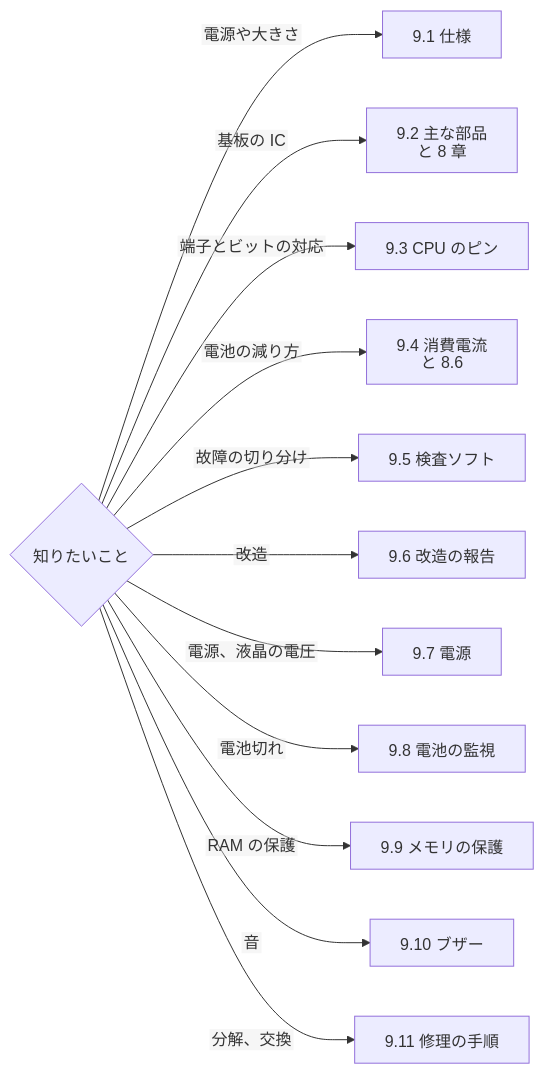
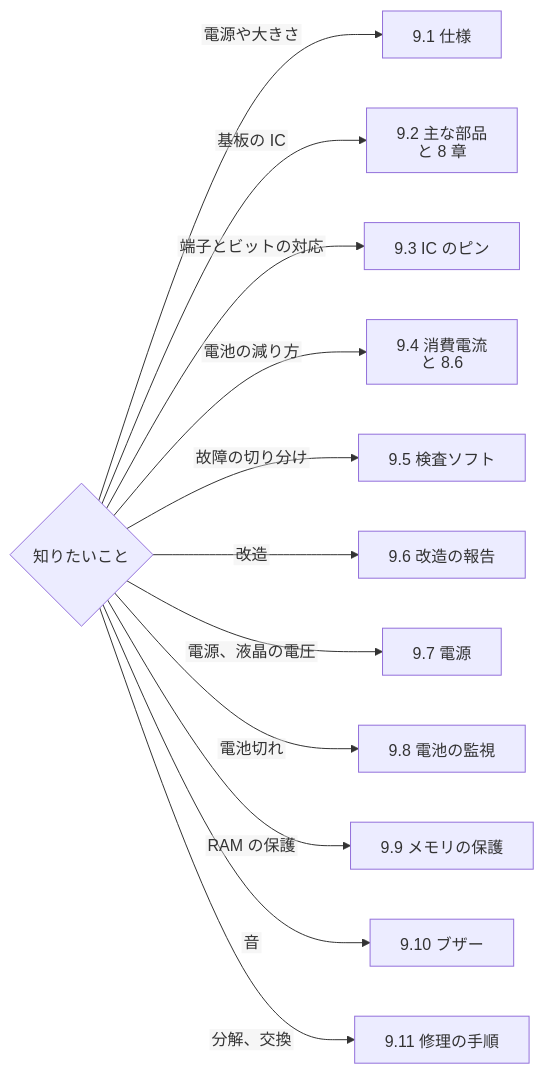
Before and after one commit to litchi-gh/pc-e500_tools: the diagram in docs/analysis/09_CIRCUIT.md, drawn with Mermaid. The commit also changed other lines of this file and 9 other files, not shown here.

````diff
--- a/docs/analysis/09_CIRCUIT.md
+++ b/docs/analysis/09_CIRCUIT.md
@@ -26,16 +26,16 @@
 ```mermaid
 %%{init: {"htmlLabels": false, "flowchart": {"htmlLabels": false, "wrappingWidth": 1000}}}%%
 flowchart LR
   Q{"知りたいこと"}
   Q -->|"電源や大きさ"| A["9.1 仕様"]
   Q -->|"基板の IC"| B["9.2 主な部品<br>と 8 章"]
-  Q -->|"端子とビットの対応"| C["9.3 CPU のピン"]
+  Q -->|"端子とビットの対応"| C["9.3 IC のピン"]
   Q -->|"電池の減り方"| D["9.4 消費電流<br>と 8.6"]
   Q -->|"故障の切り分け"| E["9.5 検査ソフト"]
   Q -->|"改造"| F["9.6 改造の報告"]
   Q -->|"電源、液晶の電圧"| G["9.7 電源"]
   Q -->|"電池切れ"| H["9.8 電池の監視"]
   Q -->|"RAM の保護"| I["9.9 メモリの保護"]
   Q -->|"音"| J["9.10 ブザー"]
   Q -->|"分解、交換"| K["9.11 修理の手順"]
 ```
````
